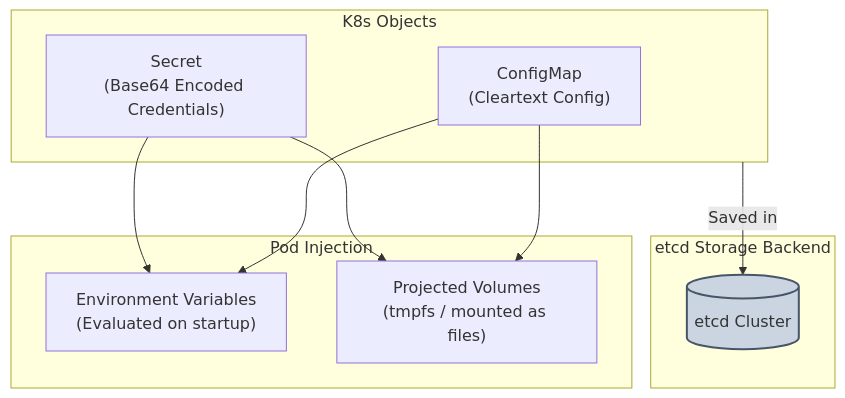
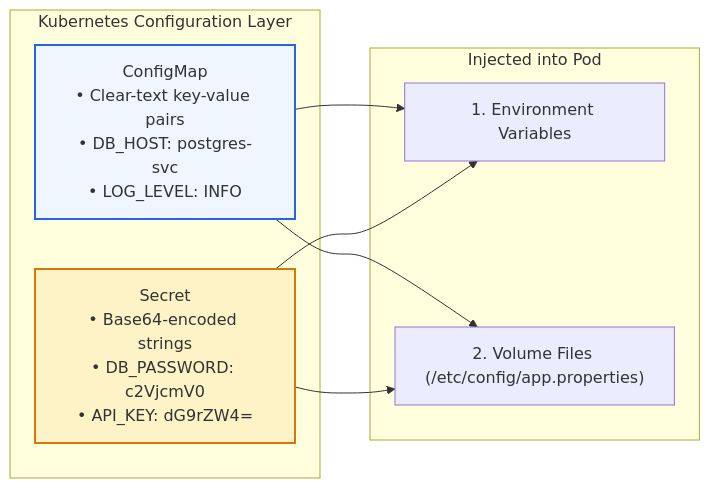
One commit to PandeyKishan/Study-Notes changed the second of 3 diagrams in 02-Kubernetes/04-Storage-Config-and-Security.md. Above: the diagram before and after it, drawn with Mermaid. The commit also changed other lines of this file and 20 other files, not shown here.

````diff
--- a/02-Kubernetes/04-Storage-Config-and-Security.md
+++ b/02-Kubernetes/04-Storage-Config-and-Security.md
@@ -54,24 +83,20 @@
 ```mermaid
-flowchart TD
-    subgraph Storage["etcd Storage Backend"]
-        etcd[(etcd Cluster)]
+flowchart LR
+    subgraph K8s_Config["Kubernetes Configuration Layer"]
+        CM["ConfigMap\n• Clear-text key-value pairs\n• DB_HOST: postgres-svc\n• LOG_LEVEL: INFO"]
+        Sec["Secret\n• Base64-encoded strings\n• DB_PASSWORD: c2VjcmV0\n• API_KEY: dG9rZW4="]
     end
 
-    subgraph Configs["K8s Objects"]
-        CM["ConfigMap\n(Cleartext Config)"]
-        Sec["Secret\n(Base64 Encoded Credentials)"]
+    subgraph Pod_Consumption["Injected into Pod"]
+        Env["1. Environment Variables"]
+        File["2. Volume Files (/etc/config/app.properties)"]
     end
 
-    subgraph Pod_Runtime["Pod Injection"]
-        Env["Environment Variables\n(Evaluated on startup)"]
-        Vol["Projected Volumes\n(tmpfs / mounted as files)"]
-    end
+    CM --> Env
+    CM --> File
+    Sec --> Env
+    Sec --> File
 
-    Configs -->|Saved in| etcd
-    CM --> Env
-    CM --> Vol
-    Sec --> Env
-    Sec --> Vol
-
-    style etcd fill:#cbd5e1,stroke:#475569,stroke-width:2px
+    style CM fill:#eff6ff,stroke:#2563eb,stroke-width:2px
+    style Sec fill:#fef3c7,stroke:#d97706,stroke-width:2px
 ```
````
